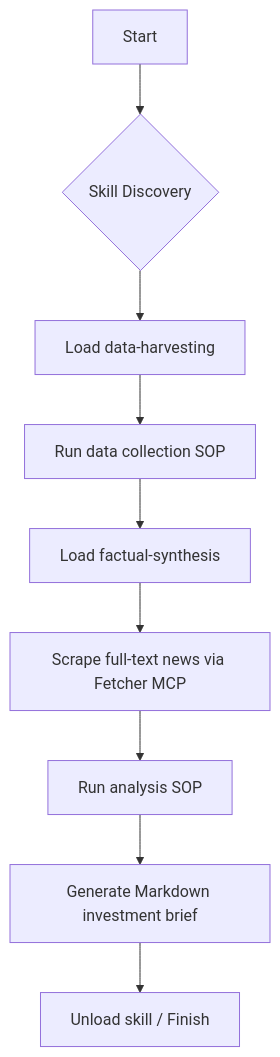
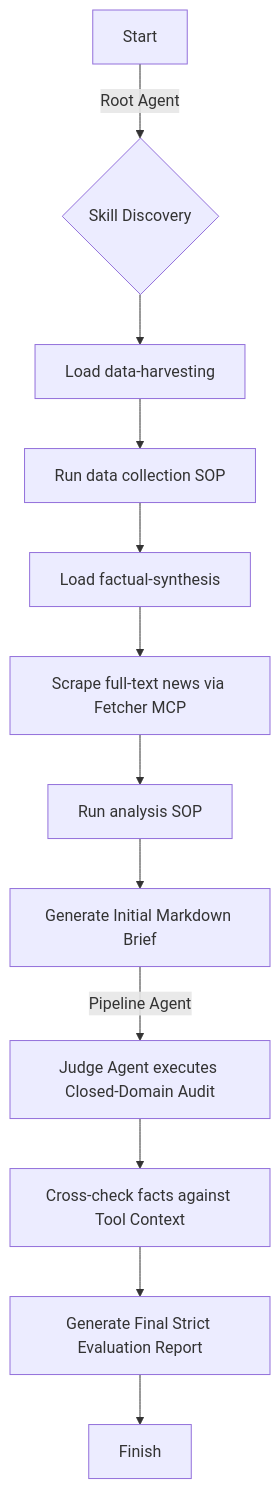
Before and after one commit to long0426/python-skill-poc: the diagram in README.md, drawn with Mermaid. The commit also changed other lines of this file and 6 other files, not shown here.

Commit message:
feat: Introduce `BoundedSessionStore` for agent session management and enhance judge agent's prompt for zero-knowledge closed-domain auditing.

````diff
--- a/README.md
+++ b/README.md
@@ -66,11 +66,14 @@
 ```mermaid
 graph TD
-    A[Start] --> B{Skill Discovery}
+    A[Start] --> |Root Agent| B{Skill Discovery}
     B --> C[Load data-harvesting]
     C --> D[Run data collection SOP]
     D --> E[Load factual-synthesis]
     E --> F[Scrape full-text news via Fetcher MCP]
     F --> G[Run analysis SOP]
-    G --> H[Generate Markdown investment brief]
-    H --> I[Unload skill / Finish]
+    G --> H[Generate Initial Markdown Brief]
+    H --> |Pipeline Agent| I[Judge Agent executes Closed-Domain Audit]
+    I --> J[Cross-check facts against Tool Context]
+    J --> K[Generate Final Strict Evaluation Report]
+    K --> L[Finish]
 ```
````
